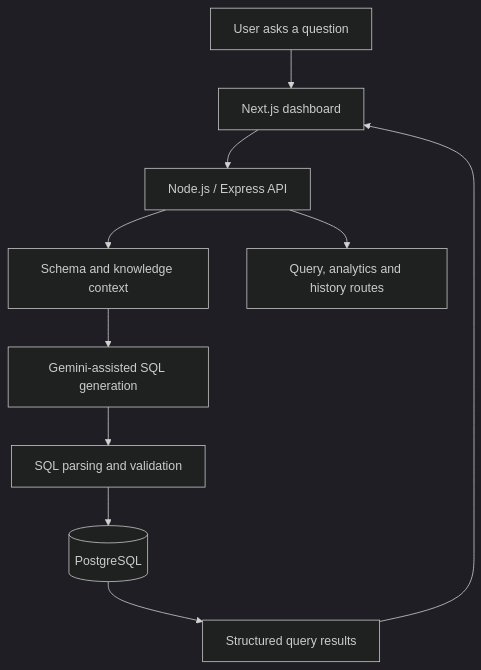
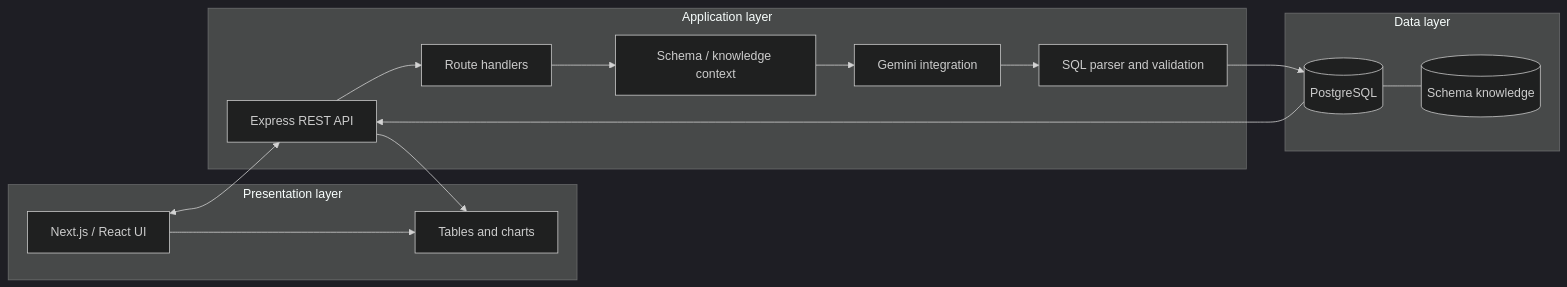
The second of 2 diagrams in README.md (Gautam0804/QueryMind), drawn with Mermaid (dark theme) before and after one commit. The commit also changed other lines of this file, not shown here.

Commit message:
docs: upgrade QueryMind README

````diff
--- a/README.md
+++ b/README.md
@@ -49,12 +68,31 @@
 ```mermaid
-flowchart TD
-    U["User asks a question"] --> UI["Next.js dashboard"]
-    UI --> API["Node.js / Express API"]
-    API --> SC["Schema and knowledge context"]
-    SC --> LLM["Gemini-assisted SQL generation"]
-    LLM --> VAL["SQL parsing and validation"]
-    VAL --> DB[("PostgreSQL")]
-    DB --> RES["Structured query results"]
-    RES --> UI
-    API --> HIST["Query, analytics and history routes"]
+flowchart LR
+    subgraph Client["Presentation layer"]
+        UI["Next.js / React UI"]
+        VIS["Tables and charts"]
+        UI --> VIS
+    end
+
+    subgraph Server["Application layer"]
+        API["Express REST API"]
+        ROUTES["Route handlers"]
+        CTX["Schema / knowledge context"]
+        LLM["Gemini integration"]
+        SAFE["SQL parser and validation"]
+        API --> ROUTES
+        ROUTES --> CTX
+        CTX --> LLM
+        LLM --> SAFE
+    end
+
+    subgraph Data["Data layer"]
+        PG[("PostgreSQL")]
+        KNOW[("Schema knowledge")]
+        PG --- KNOW
+    end
+
+    UI <--> API
+    SAFE --> PG
+    PG --> API
+    API --> VIS
 ```
````
